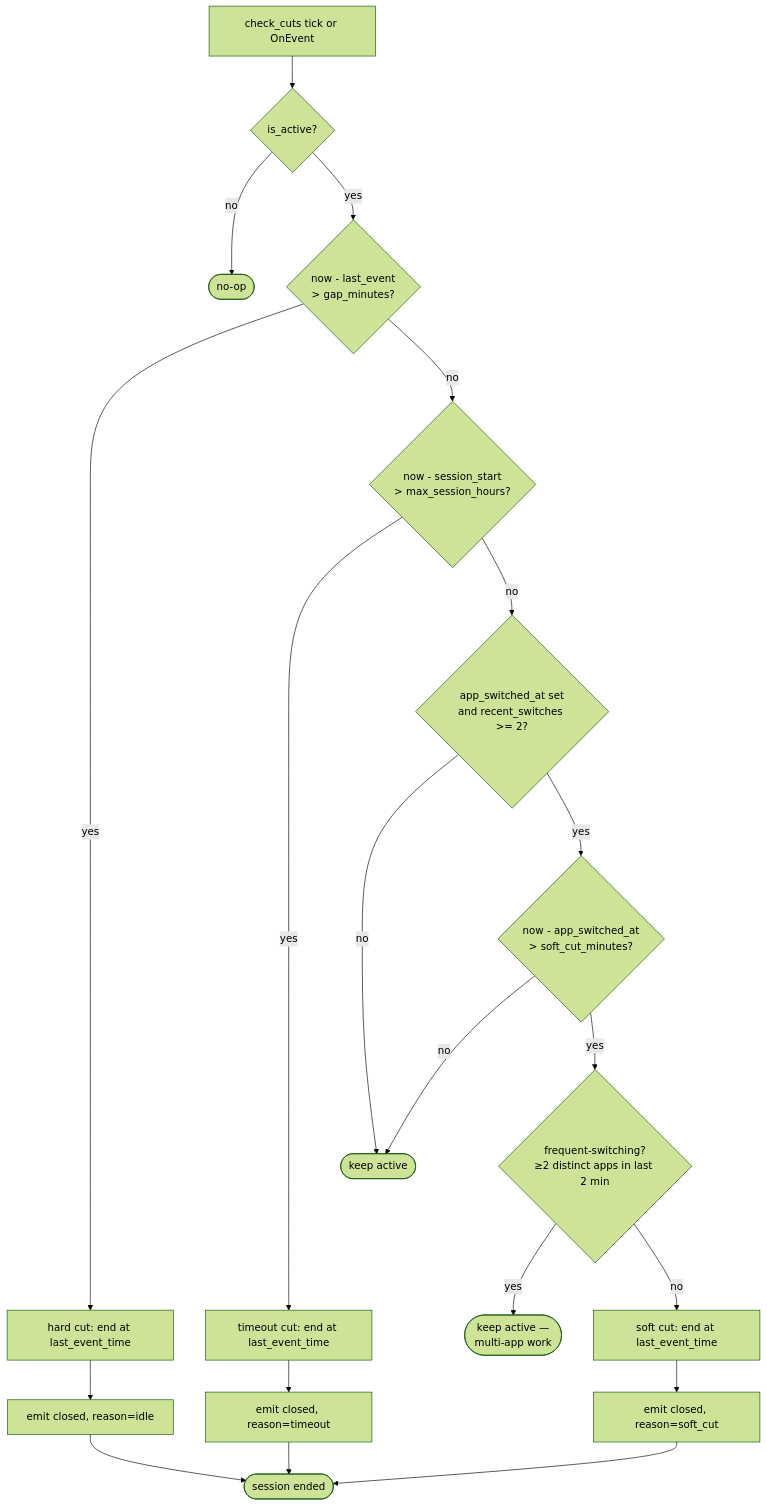
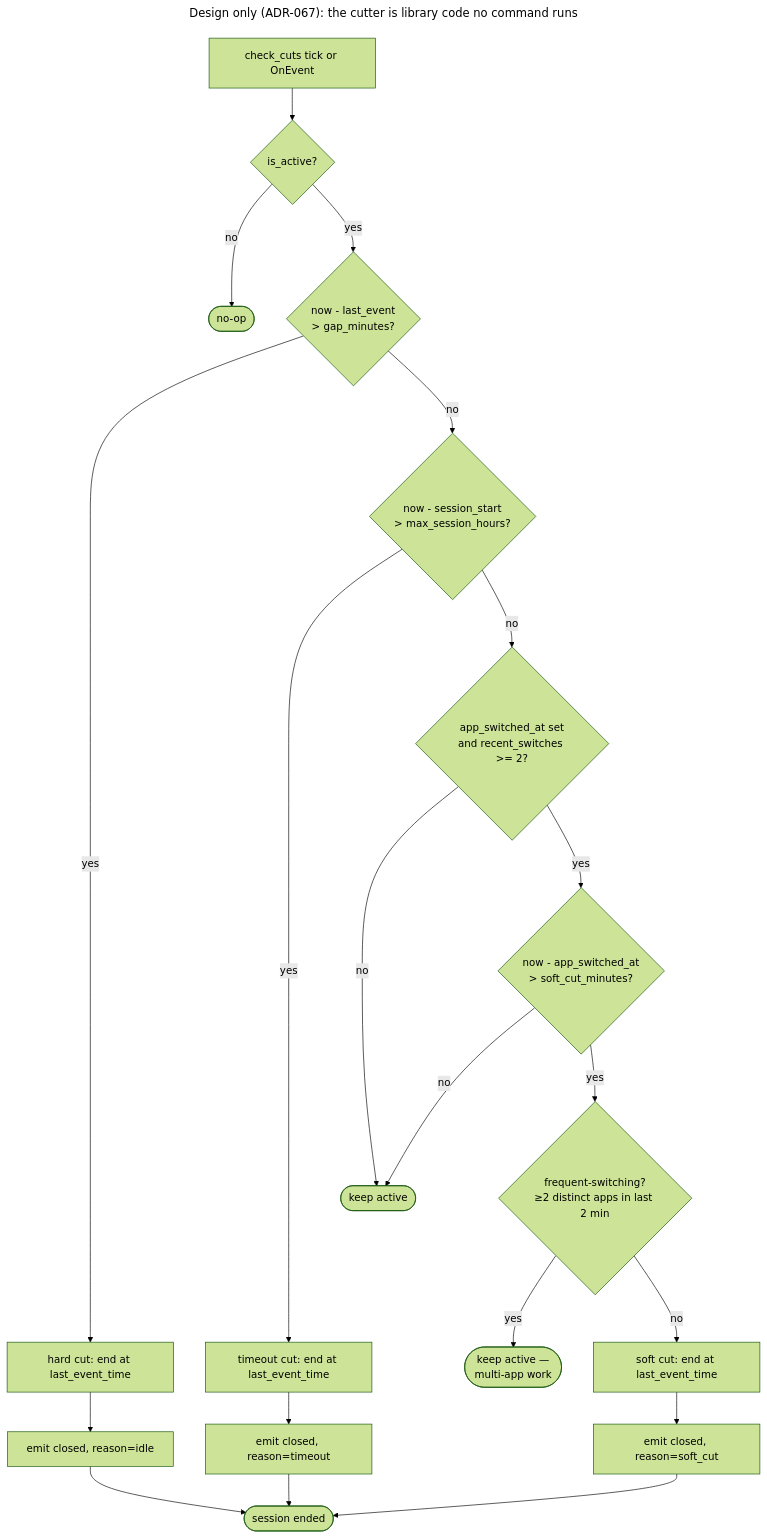
Before and after one commit to ContextHelp/ContextHelp: the diagram in docs/diagrams/ambient/067-cutter-flowchart.mmd, drawn with Mermaid (forest theme). The commit also changed 17 other files, not shown here.

First line of the commit message:
docs(plugins): mark plugin examples and ambient diagrams as unbuilt design

````diff
--- a/docs/diagrams/ambient/067-cutter-flowchart.mmd
+++ b/docs/diagrams/ambient/067-cutter-flowchart.mmd
@@ -1,26 +1,29 @@
 ```mermaid
+---
+title: "Design only (ADR-067): the cutter is library code no command runs"
+---
 flowchart TB
     tick[check_cuts tick or OnEvent] --> active{is_active?}
     active -->|no| done([no-op])
     active -->|yes| gap{now - last_event<br/>> gap_minutes?}
 
     gap -->|yes| hard[hard cut: end at last_event_time]
     hard --> emit_idle[emit closed, reason=idle]
 
     gap -->|no| timeout{now - session_start<br/>> max_session_hours?}
     timeout -->|yes| hard2[timeout cut: end at last_event_time]
     hard2 --> emit_timeout[emit closed, reason=timeout]
 
     timeout -->|no| switch{app_switched_at set<br/>and recent_switches >= 2?}
     switch -->|no| keep([keep active])
     switch -->|yes| since{now - app_switched_at<br/>> soft_cut_minutes?}
     since -->|no| keep
     since -->|yes| freq{frequent-switching?<br/>≥2 distinct apps in last 2 min}
     freq -->|yes| keep_multi([keep active —<br/>multi-app work])
     freq -->|no| soft[soft cut: end at last_event_time]
     soft --> emit_soft[emit closed, reason=soft_cut]
 
     emit_idle --> done2([session ended])
     emit_timeout --> done2
     emit_soft --> done2
 ```
````
